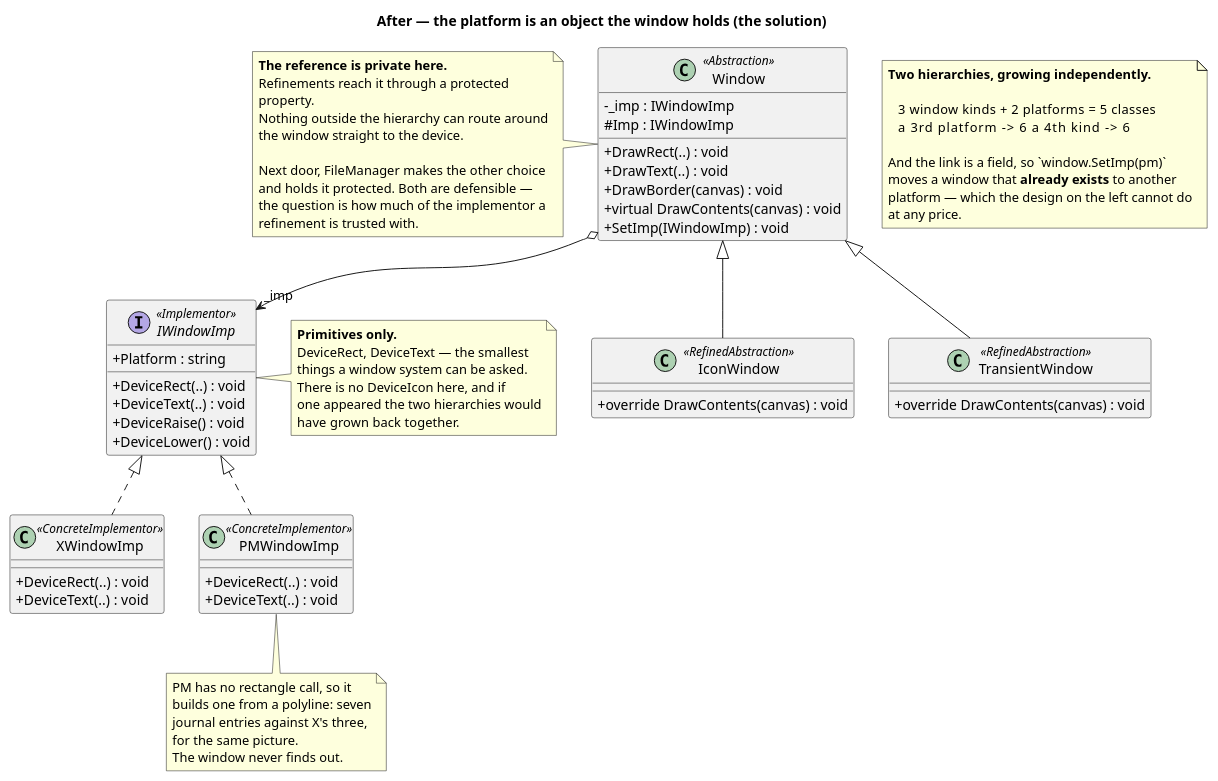
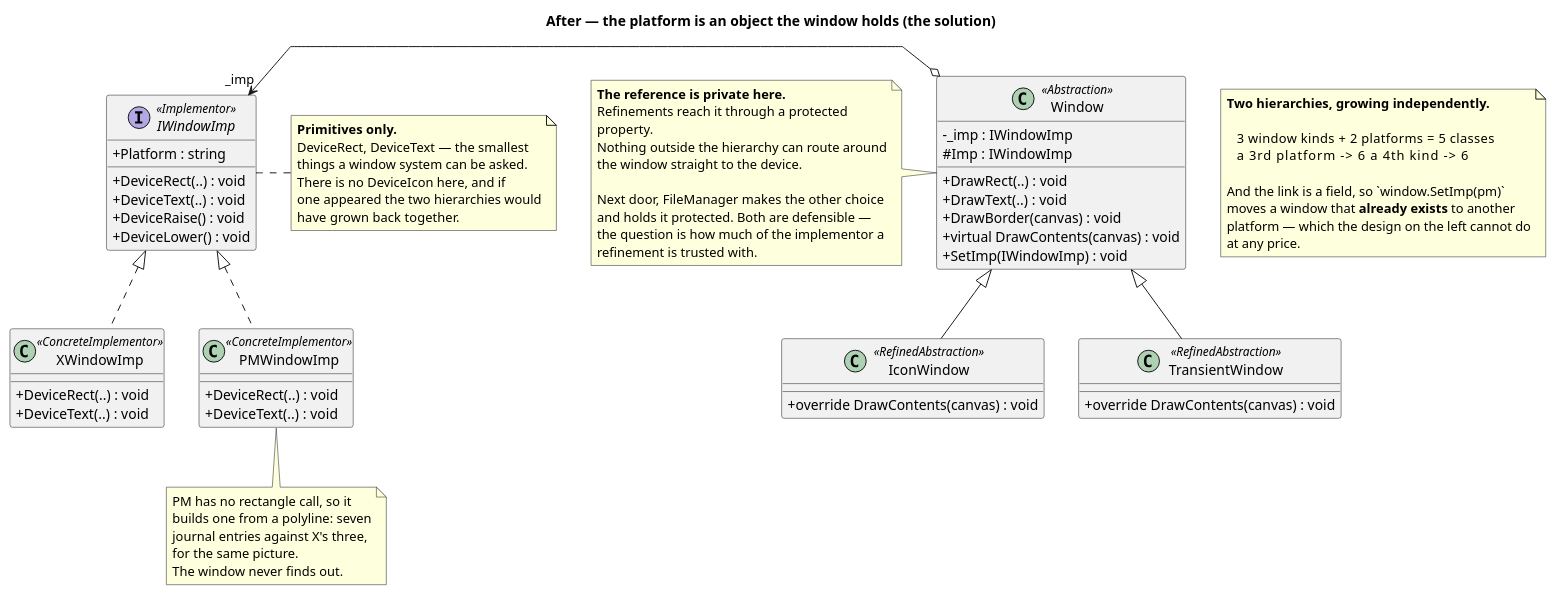
Before and after one commit to kaldiroglu/DesignPatternsWithCSharp: the diagram in Bridge/src/Bridge/Gof/Solution/uml/Bridge - Window (Solution) - Class Diagram.puml, drawn with PlantUML. The commit also changed 43 other files, not shown here.

Commit message:
Diagrams: each parent above and centered over its children, on one row, with straight lines

```diff
--- a/Bridge/src/Bridge/Gof/Solution/uml/Bridge - Window (Solution) - Class Diagram.puml
+++ b/Bridge/src/Bridge/Gof/Solution/uml/Bridge - Window (Solution) - Class Diagram.puml
@@ -1,88 +1,89 @@
 @startuml "Bridge - Window (Solution) - Class Diagram"
+skinparam linetype polyline
 skinparam classAttributeIconSize 0
 title After — the platform is an object the window holds (the solution)
 
 
 class Window <<Abstraction>> {
   - _imp : IWindowImp
   # Imp : IWindowImp
   + DrawRect(..) : void
   + DrawText(..) : void
   + DrawBorder(canvas) : void
   + virtual DrawContents(canvas) : void
   + SetImp(IWindowImp) : void
 }
 
 class IconWindow <<RefinedAbstraction>> {
   + override DrawContents(canvas) : void
 }
 class TransientWindow <<RefinedAbstraction>> {
   + override DrawContents(canvas) : void
 }
 
 interface IWindowImp <<Implementor>> {
   + Platform : string
   + DeviceRect(..) : void
   + DeviceText(..) : void
   + DeviceRaise() : void
   + DeviceLower() : void
 }
 
 class XWindowImp <<ConcreteImplementor>> {
   + DeviceRect(..) : void
   + DeviceText(..) : void
 }
 class PMWindowImp <<ConcreteImplementor>> {
   + DeviceRect(..) : void
   + DeviceText(..) : void
 }
 
-Window o--> "_imp" IWindowImp
 Window <|-- IconWindow
 Window <|-- TransientWindow
 IWindowImp <|.. XWindowImp
 IWindowImp <|.. PMWindowImp
 
 note right of IWindowImp
   <b>Primitives only.</b>
   DeviceRect, DeviceText — the smallest
   things a window system can be asked.
   There is no DeviceIcon here, and if
   one appeared the two hierarchies would
   have grown back together.
 end note
 
 note bottom of PMWindowImp
   PM has no rectangle call, so it
   builds one from a polyline: seven
   journal entries against X's three,
   for the same picture.
   The window never finds out.
 end note
 
 note left of Window
   <b>The reference is private here.</b>
   Refinements reach it through a protected
   property.
   Nothing outside the hierarchy can route around
   the window straight to the device.
 
   Next door, FileManager makes the other choice
   and holds it protected. Both are defensible —
   the question is how much of the implementor a
   refinement is trusted with.
 end note
 
 note as N1
   <b>Two hierarchies, growing independently.</b>
 
      3 window kinds  +  2 platforms  =  5 classes
      a 3rd platform  ->  6        a 4th kind -> 6
 
   And the link is a field, so `window.SetImp(pm)`
   moves a window that <b>already exists</b> to another
   platform — which the design on the left cannot do
   at any price.
 end note
 
+Window o-[norank]-> "_imp" IWindowImp
 @enduml
```
